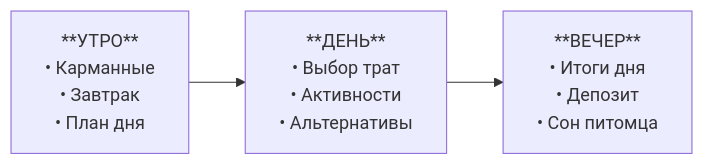
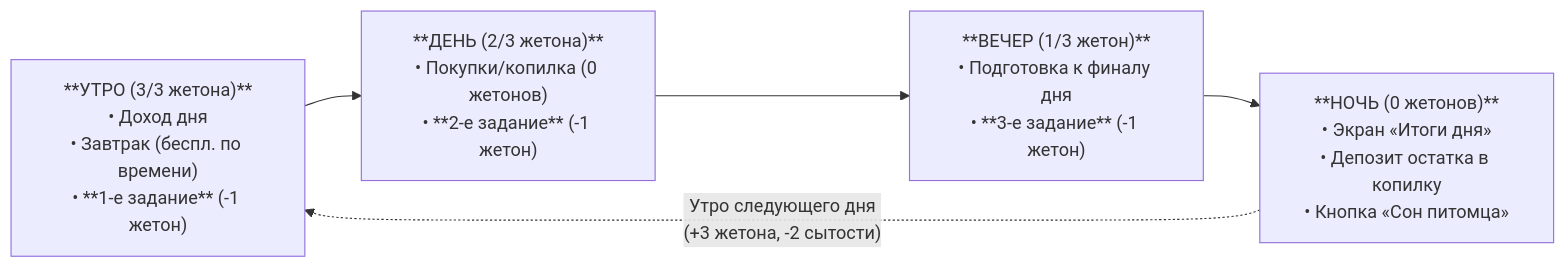
One commit to denchic45/Finni changed the first of 2 diagrams in docs/game-design/AGENTS.md. Above: the diagram before and after it, drawn with Mermaid. The commit also changed other lines of this file and 38 other files, not shown here.

````diff
--- a/docs/game-design/AGENTS.md
+++ b/docs/game-design/AGENTS.md
@@ -30,4 +38,5 @@
 ```mermaid
 flowchart LR
-    Morning["**УТРО**<br>• Карманные<br>• Завтрак<br>• План дня"] --> Day["**ДЕНЬ**<br>• Выбор трат<br>• Активности<br>• Альтернативы"] --> Evening["**ВЕЧЕР**<br>• Итоги дня<br>• Депозит<br>• Сон питомца"]
+    Morning["**УТРО (3/3 жетона)**<br>• Доход дня<br>• Завтрак (беспл. по времени)<br>• **1-е задание** (-1 жетон)"] --> Day["**ДЕНЬ (2/3 жетона)**<br>• Покупки/копилка (0 жетонов)<br>• **2-е задание** (-1 жетон)"] --> Evening["**ВЕЧЕР (1/3 жетон)**<br>• Подготовка к финалу дня<br>• **3-е задание** (-1 жетон)"] --> Night["**НОЧЬ (0 жетонов)**<br>• Экран «Итоги дня»<br>• Депозит остатка в копилку<br>• Кнопка «Сон питомца»"]
+    Night -.->|" Утро следующего дня<br>(+3 жетона, -2 сытости) "| Morning
 ```
````
